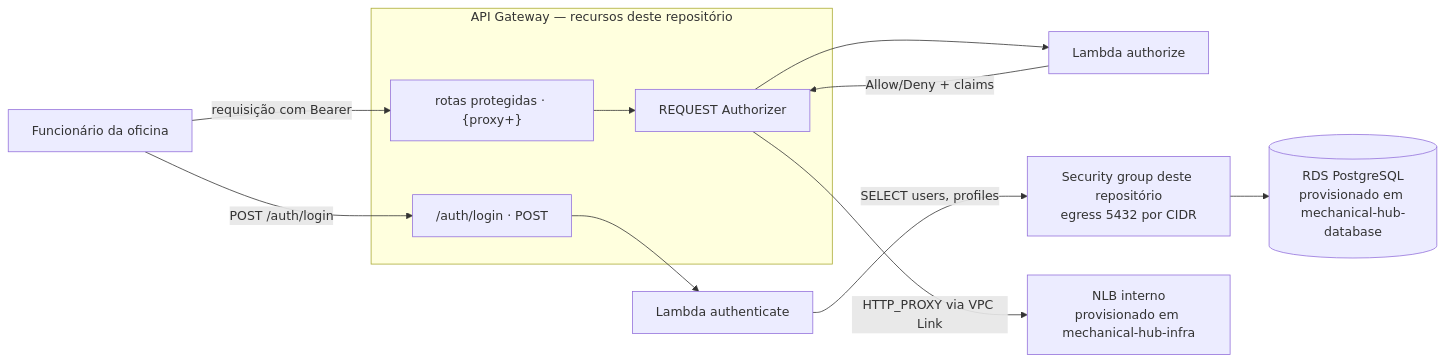
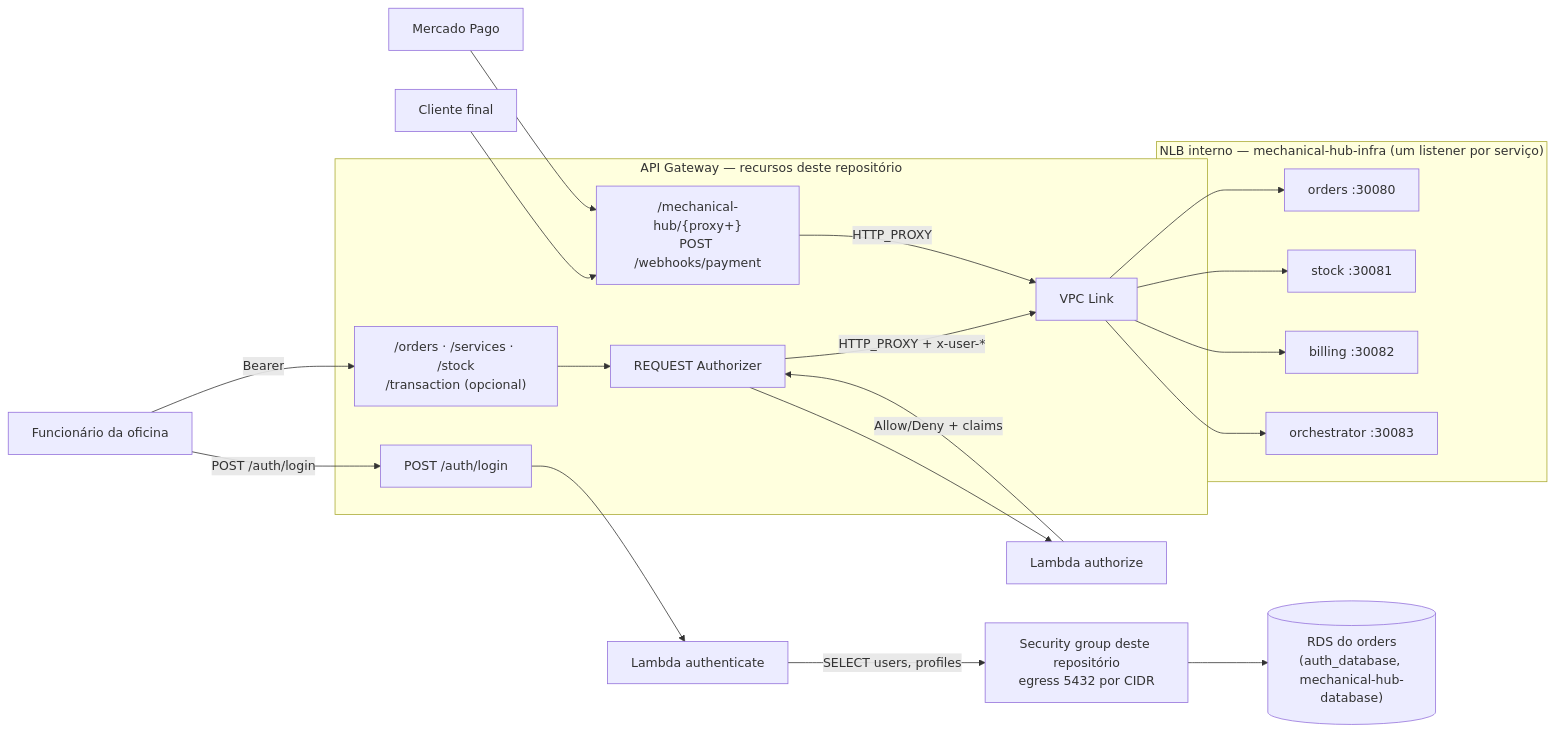
Before and after one commit to Yngredh/mechanical-hub-auth: the diagram in README.md, drawn with Mermaid. The commit also changed other lines of this file and 2 other files, not shown here.

````diff
--- a/README.md
+++ b/README.md
@@ -46,20 +69,34 @@
 ```mermaid
 flowchart LR
     CLI["Funcionário da oficina"]
+    CLIENTE["Cliente final"]
+    MP["Mercado Pago"]
 
     subgraph GW["API Gateway — recursos deste repositório"]
-        LOGIN["/auth/login · POST"]
+        LOGIN["POST /auth/login"]
         AUTHZ["REQUEST Authorizer"]
-        PROXY["rotas protegidas · {proxy+}"]
+        PROT["/orders · /services · /stock<br/>/transaction (opcional)"]
+        PUB["/mechanical-hub/{proxy+}<br/>POST /webhooks/payment"]
+        LINK["VPC Link"]
     end
 
     LAUTH["Lambda authenticate"]
     LAZ["Lambda authorize"]
     SG["Security group deste repositório<br/>egress 5432 por CIDR"]
-    RDS[("RDS PostgreSQL<br/>provisionado em mechanical-hub-database")]
-    NLB["NLB interno<br/>provisionado em mechanical-hub-infra"]
+    RDS[("RDS do orders<br/>(auth_database, mechanical-hub-database)")]
+
+    subgraph NLB["NLB interno — mechanical-hub-infra (um listener por serviço)"]
+        ORD["orders :30080"]
+        STK["stock :30081"]
+        BIL["billing :30082"]
+        ORC["orchestrator :30083"]
+    end
 
     CLI -->|"POST /auth/login"| LOGIN --> LAUTH -->|"SELECT users, profiles"| SG --> RDS
-    CLI -->|"requisição com Bearer"| PROXY --> AUTHZ --> LAZ -->|"Allow/Deny + claims"| AUTHZ
-    AUTHZ -->|"HTTP_PROXY via VPC Link"| NLB
+    CLI -->|"Bearer"| PROT --> AUTHZ --> LAZ -->|"Allow/Deny + claims"| AUTHZ
+    CLIENTE --> PUB
+    MP --> PUB
+    AUTHZ -->|"HTTP_PROXY + x-user-*"| LINK
+    PUB -->|"HTTP_PROXY"| LINK
+    LINK --> ORD & STK & BIL & ORC
 ```
````
